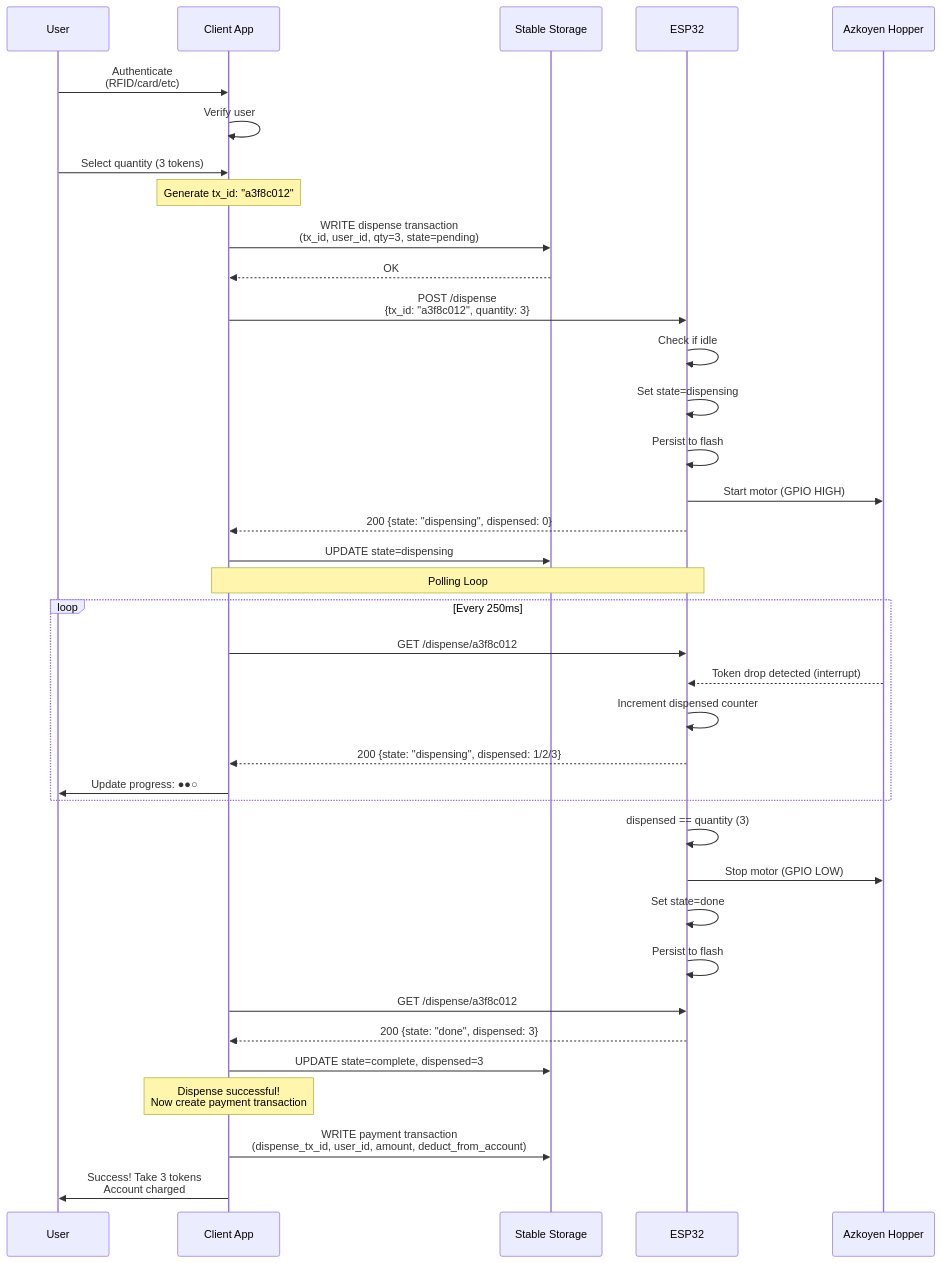
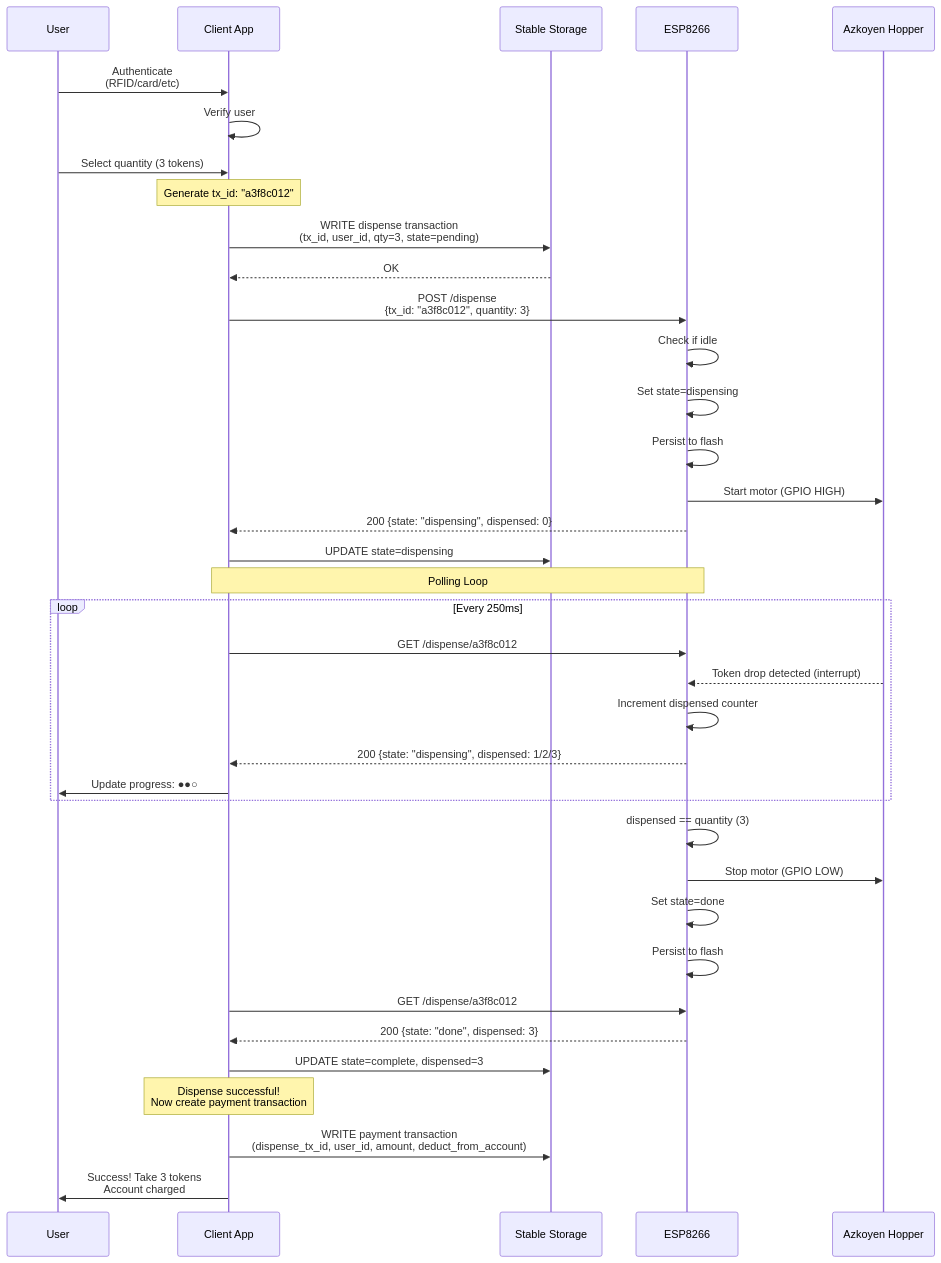
Before and after one commit to dgloeckner/remote-token-dispenser: the eighth of 26 diagrams in ARCHITECTURE.md, drawn with Mermaid. The commit also changed other lines of this file and 21 other files, not shown here.

````diff
--- a/ARCHITECTURE.md
+++ b/ARCHITECTURE.md
@@ -449,50 +449,50 @@
 ```mermaid
 sequenceDiagram
     participant User
     participant Client as Client App
     participant DB as Stable Storage
-    participant ESP32
+    participant ESP8266
     participant Hopper as Azkoyen Hopper
 
     User->>Client: Authenticate<br/>(RFID/card/etc)
     Client->>Client: Verify user
     User->>Client: Select quantity (3 tokens)
 
     Note over Client: Generate tx_id: "a3f8c012"
     Client->>DB: WRITE dispense transaction<br/>(tx_id, user_id, qty=3, state=pending)
     DB-->>Client: OK
 
-    Client->>ESP32: POST /dispense<br/>{tx_id: "a3f8c012", quantity: 3}
+    Client->>ESP8266: POST /dispense<br/>{tx_id: "a3f8c012", quantity: 3}
 
-    ESP32->>ESP32: Check if idle
-    ESP32->>ESP32: Set state=dispensing
-    ESP32->>ESP32: Persist to flash
-    ESP32->>Hopper: Start motor (GPIO HIGH)
-    ESP32-->>Client: 200 {state: "dispensing", dispensed: 0}
+    ESP8266->>ESP8266: Check if idle
+    ESP8266->>ESP8266: Set state=dispensing
+    ESP8266->>ESP8266: Persist to flash
+    ESP8266->>Hopper: Start motor (GPIO HIGH)
+    ESP8266-->>Client: 200 {state: "dispensing", dispensed: 0}
 
     Client->>DB: UPDATE state=dispensing
 
-    Note over Client,ESP32: Polling Loop
+    Note over Client,ESP8266: Polling Loop
     loop Every 250ms
-        Client->>ESP32: GET /dispense/a3f8c012
-        Hopper-->>ESP32: Token drop detected (interrupt)
-        ESP32->>ESP32: Increment dispensed counter
-        ESP32-->>Client: 200 {state: "dispensing", dispensed: 1/2/3}
+        Client->>ESP8266: GET /dispense/a3f8c012
+        Hopper-->>ESP8266: Token drop detected (interrupt)
+        ESP8266->>ESP8266: Increment dispensed counter
+        ESP8266-->>Client: 200 {state: "dispensing", dispensed: 1/2/3}
         Client->>User: Update progress: ●●○
     end
 
-    ESP32->>ESP32: dispensed == quantity (3)
-    ESP32->>Hopper: Stop motor (GPIO LOW)
-    ESP32->>ESP32: Set state=done
-    ESP32->>ESP32: Persist to flash
+    ESP8266->>ESP8266: dispensed == quantity (3)
+    ESP8266->>Hopper: Stop motor (GPIO LOW)
+    ESP8266->>ESP8266: Set state=done
+    ESP8266->>ESP8266: Persist to flash
 
-    Client->>ESP32: GET /dispense/a3f8c012
-    ESP32-->>Client: 200 {state: "done", dispensed: 3}
+    Client->>ESP8266: GET /dispense/a3f8c012
+    ESP8266-->>Client: 200 {state: "done", dispensed: 3}
 
     Client->>DB: UPDATE state=complete, dispensed=3
 
     Note over Client: Dispense successful!<br/>Now create payment transaction
     Client->>DB: WRITE payment transaction<br/>(dispense_tx_id, user_id, amount, deduct_from_account)
 
     Client->>User: Success! Take 3 tokens<br/>Account charged
 ```
````
